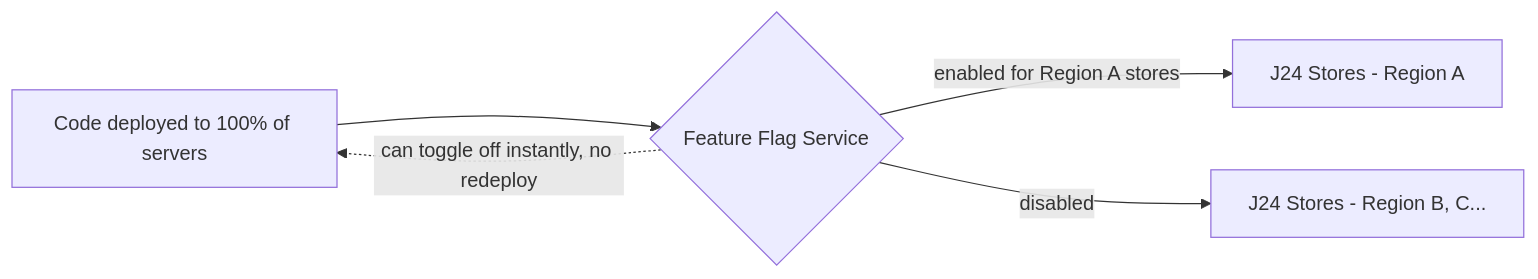
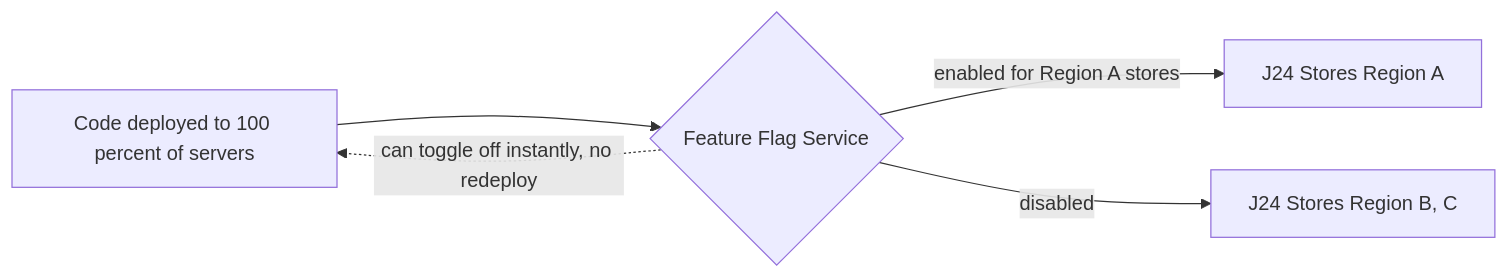
One commit to vilasvarghesescaler/CompanySpecific changed diagram 11 of 12 in IamDistributor.md. Above: the diagram before and after it, drawn with Mermaid. The commit also changed other lines of this file, not shown here.

````diff
--- a/IamDistributor.md
+++ b/IamDistributor.md
@@ -358,7 +358,7 @@
 ```mermaid
 flowchart LR
-    Deploy[Code deployed to 100% of servers] --> Flag{Feature Flag Service}
-    Flag -- enabled for Region A stores --> UsersA[J24 Stores - Region A]
-    Flag -- disabled --> UsersB[J24 Stores - Region B, C...]
+    Deploy[Code deployed to 100 percent of servers] --> Flag{Feature Flag Service}
+    Flag -- enabled for Region A stores --> UsersA[J24 Stores Region A]
+    Flag -- disabled --> UsersB[J24 Stores Region B, C]
     Flag -.can toggle off instantly, no redeploy.-> Deploy
 ```
````
